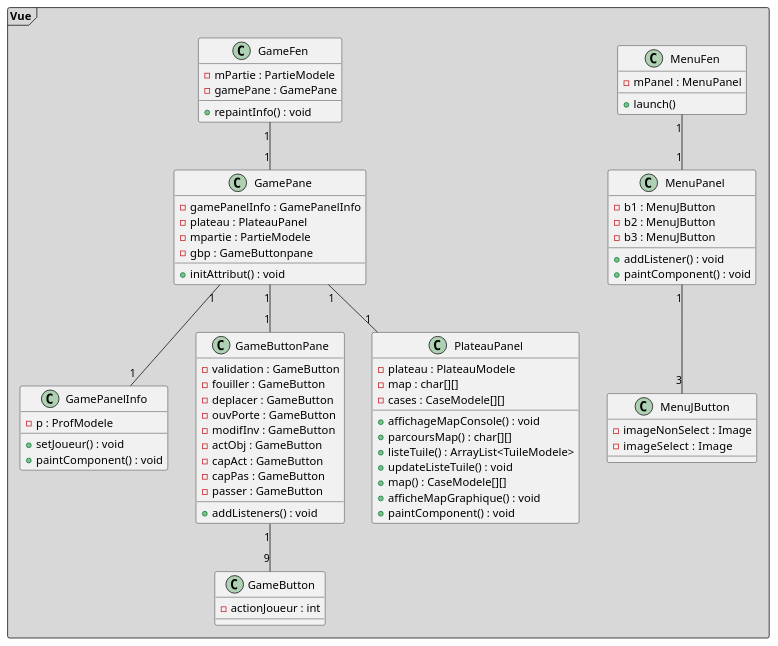
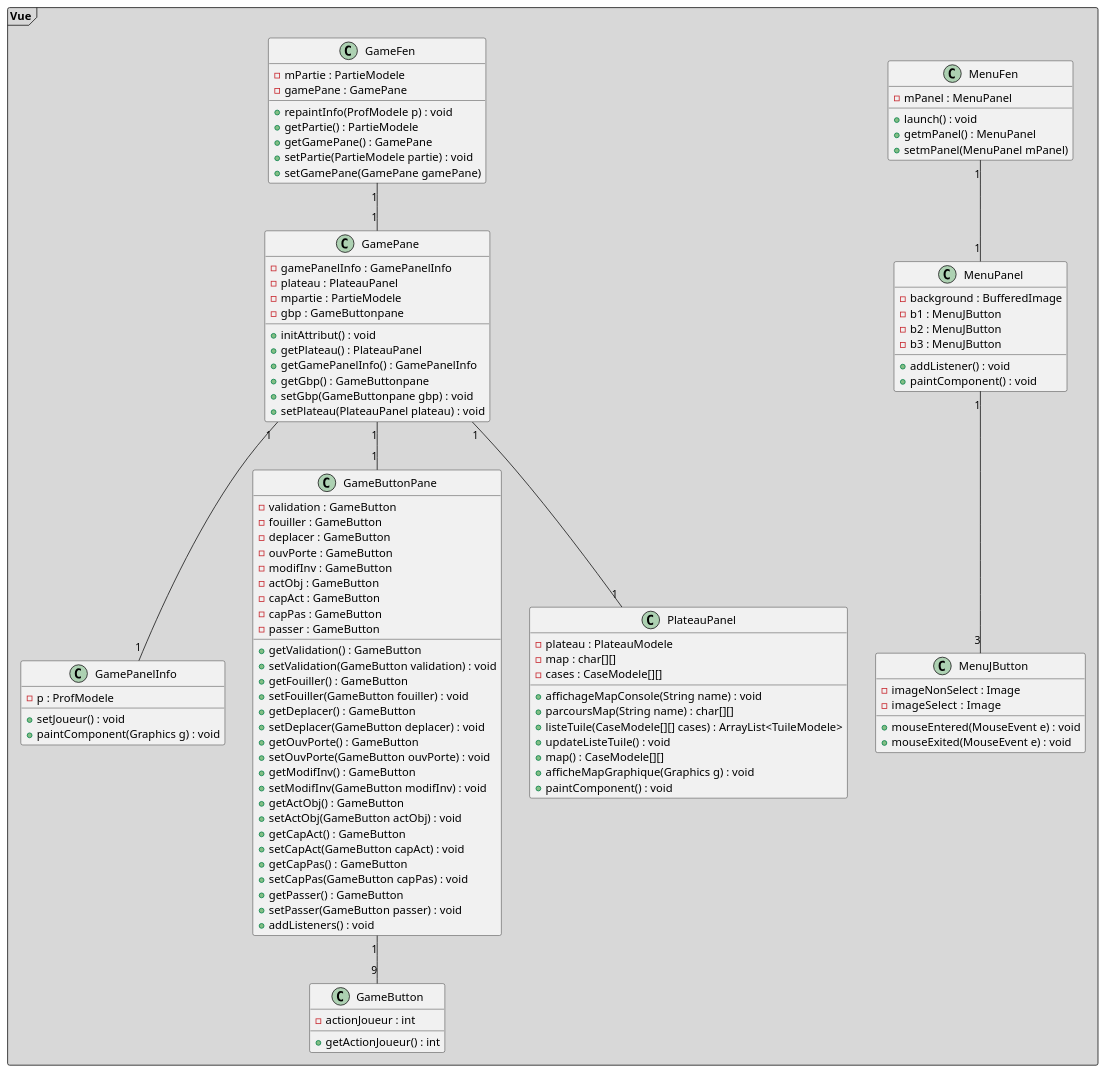
One commit to Erathriel/Projet_LO43 changed the diagram in UML/Vue.puml. Above: the diagram before and after it, drawn with PlantUML.

Commit message:
Vue uml modif

```diff
--- a/UML/Vue.puml
+++ b/UML/Vue.puml
@@ -1,73 +1,106 @@
 @startuml
 
 Package "Vue" <<Frame>> #D8D8D8 {
     class MenuFen {
       - mPanel : MenuPanel
-      + launch()
+      + launch() : void
+      + getmPanel() : MenuPanel
+      + setmPanel(MenuPanel mPanel)
     }
     class MenuPanel{
+      - background : BufferedImage
       - b1 : MenuJButton
       - b2 : MenuJButton
       - b3 : MenuJButton
       + addListener() : void
       + paintComponent() : void
     }
     class MenuJButton{
       - imageNonSelect : Image
       - imageSelect  : Image
+      + mouseEntered(MouseEvent e) : void
+      + mouseExited(MouseEvent e) : void
     }
     class GameFen{
       - mPartie : PartieModele
       - gamePane : GamePane
-      + repaintInfo() : void
+      + repaintInfo(ProfModele p) : void
+      + getPartie() : PartieModele
+      + getGamePane() : GamePane
+      + setPartie(PartieModele partie) : void
+      + setGamePane(GamePane gamePane)
     }
     class GamePane {
       - gamePanelInfo : GamePanelInfo
       - plateau : PlateauPanel
       - mpartie : PartieModele
       - gbp : GameButtonpane
       + initAttribut() : void
+      + getPlateau() : PlateauPanel
+      + getGamePanelInfo() : GamePanelInfo
+      + getGbp() : GameButtonpane
+      + setGbp(GameButtonpane gbp) : void
+      + setPlateau(PlateauPanel plateau) : void
     }
     class GamePanelInfo{
       - p : ProfModele
       + setJoueur() : void
-      + paintComponent() : void
+      + paintComponent(Graphics g) : void
     }
     class GameButtonPane{
       - validation : GameButton
       - fouiller : GameButton
       - deplacer : GameButton
       - ouvPorte : GameButton
       - modifInv : GameButton
       - actObj : GameButton
       - capAct : GameButton
       - capPas : GameButton
       - passer : GameButton
+      + getValidation() : GameButton
+      + setValidation(GameButton validation) : void
+      + getFouiller() : GameButton
+      + setFouiller(GameButton fouiller) : void
+      + getDeplacer() : GameButton
+      + setDeplacer(GameButton deplacer) : void
+      + getOuvPorte() : GameButton
+      + setOuvPorte(GameButton ouvPorte) : void
+      + getModifInv() : GameButton
+      + setModifInv(GameButton modifInv) : void
+      + getActObj() : GameButton
+      + setActObj(GameButton actObj) : void
+      + getCapAct() : GameButton
+      + setCapAct(GameButton capAct) : void
+      + getCapPas() : GameButton
+      + setCapPas(GameButton capPas) : void
+      + getPasser() : GameButton
+      + setPasser(GameButton passer) : void
       + addListeners() : void
     }
     class GameButton{
       - actionJoueur : int
+      + getActionJoueur() : int
     }
 
     class PlateauPanel{
       - plateau : PlateauModele
       - map : char[][]
       - cases : CaseModele[][]
-      + affichageMapConsole() : void
-      + parcoursMap() : char[][]
-      + listeTuile() : ArrayList<TuileModele>
+      + affichageMapConsole(String name) : void
+      + parcoursMap(String name) : char[][]
+      + listeTuile(CaseModele[][] cases) : ArrayList<TuileModele>
       + updateListeTuile() : void
       + map() : CaseModele[][]
-      + afficheMapGraphique() : void
+      + afficheMapGraphique(Graphics g) : void
       + paintComponent() : void
     }
 }
 MenuFen "1" -- "1" MenuPanel
 MenuPanel "1" -- "3" MenuJButton
 GameFen "1" -- "1" GamePane
 GamePane "1" -- "1" PlateauPanel
 GamePane "1" -- "1" GamePanelInfo
 GamePane "1" -- "1" GameButtonPane
 GameButtonPane "1" -- "9" GameButton
 
 @enduml
```
